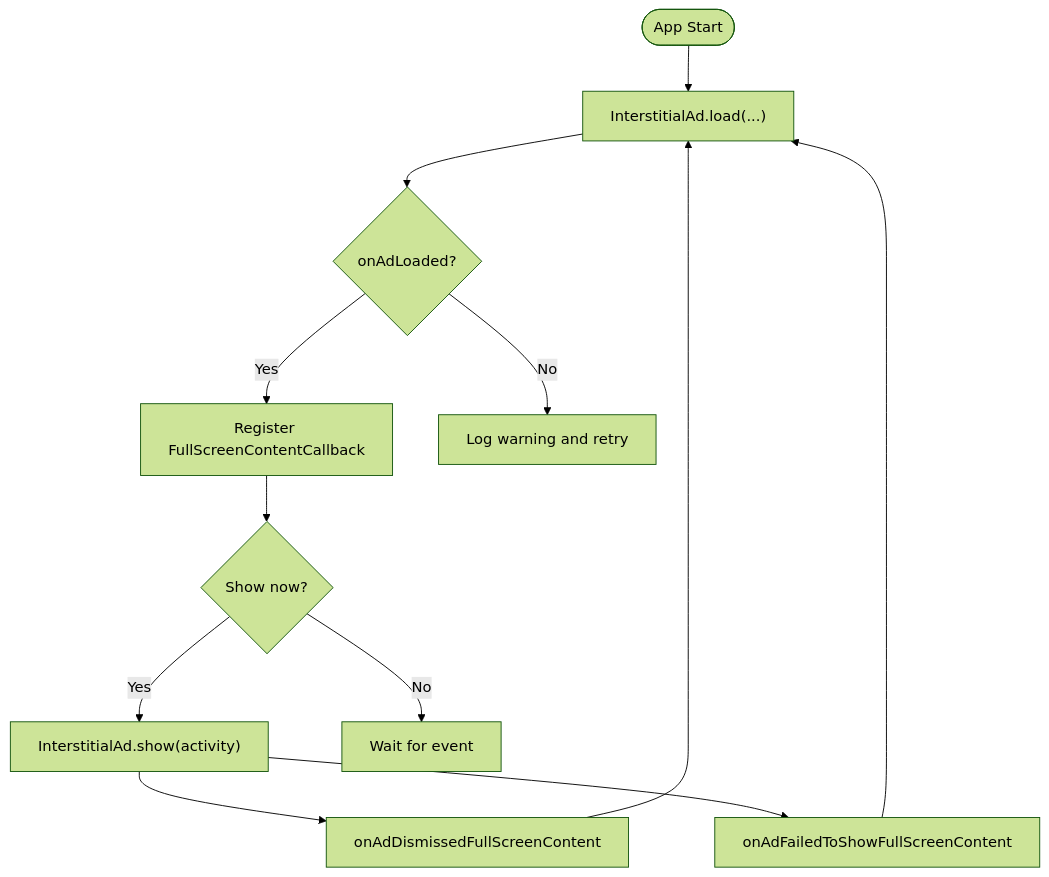
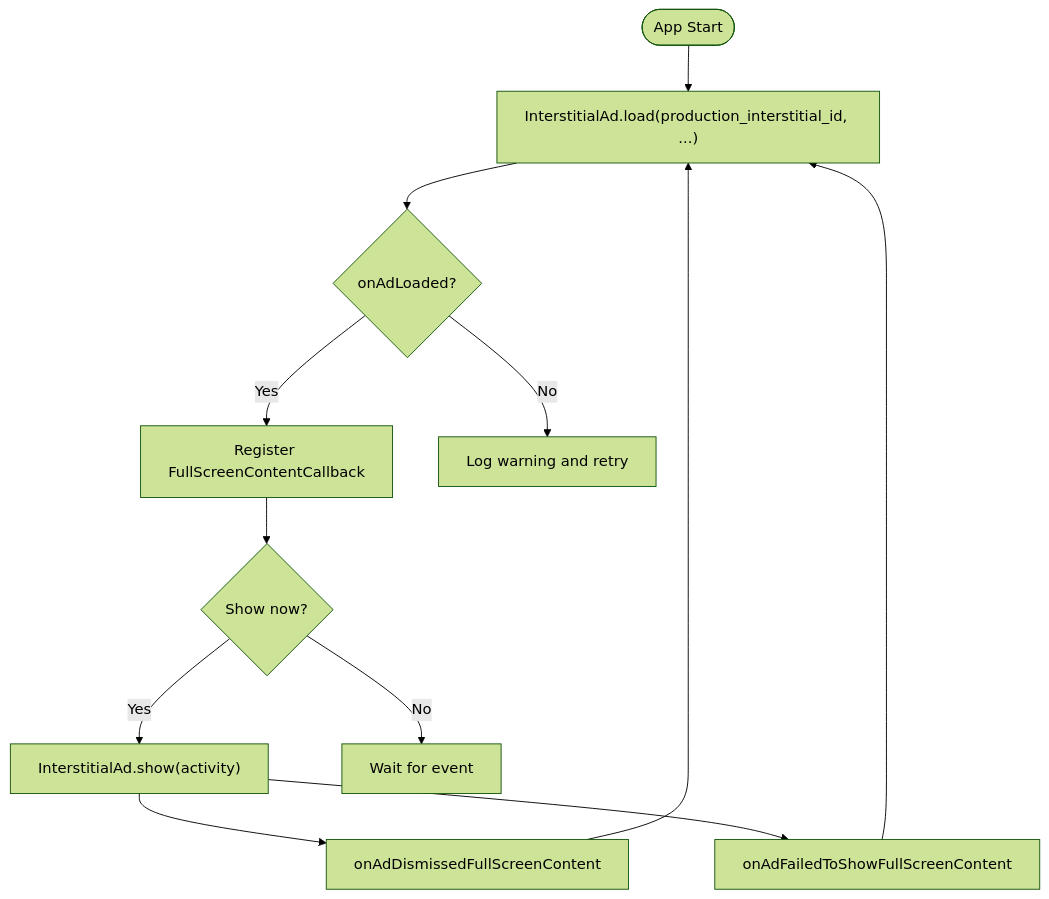
One commit to chetanck03/games changed the fourth of 6 diagrams in .qoder/repowiki/en/content/AdMob Integration/AdMob Integration.md. Above: the diagram before and after it, drawn with Mermaid (forest theme). The commit also changed other lines of this file and 5 other files, not shown here.

````diff
--- a/.qoder/repowiki/en/content/AdMob Integration/AdMob Integration.md
+++ b/.qoder/repowiki/en/content/AdMob Integration/AdMob Integration.md
@@ -146,14 +153,14 @@
 ```mermaid
 flowchart TD
-Start(["App Start"]) --> Preload["InterstitialAd.load(...)"]
+Start(["App Start"]) --> Preload["InterstitialAd.load(production_interstitial_id, ...)"]
 Preload --> Loaded{"onAdLoaded?"}
 Loaded --> |Yes| RegisterCallbacks["Register FullScreenContentCallback"]
 Loaded --> |No| LogFail["Log warning and retry"]
 RegisterCallbacks --> ShowCheck{"Show now?"}
 ShowCheck --> |Yes| Show["InterstitialAd.show(activity)"]
 ShowCheck --> |No| Wait["Wait for event"]
 Show --> Dismissed["onAdDismissedFullScreenContent"]
 Show --> Failed["onAdFailedToShowFullScreenContent"]
 Dismissed --> Preload
 Failed --> Preload
 ```
````
